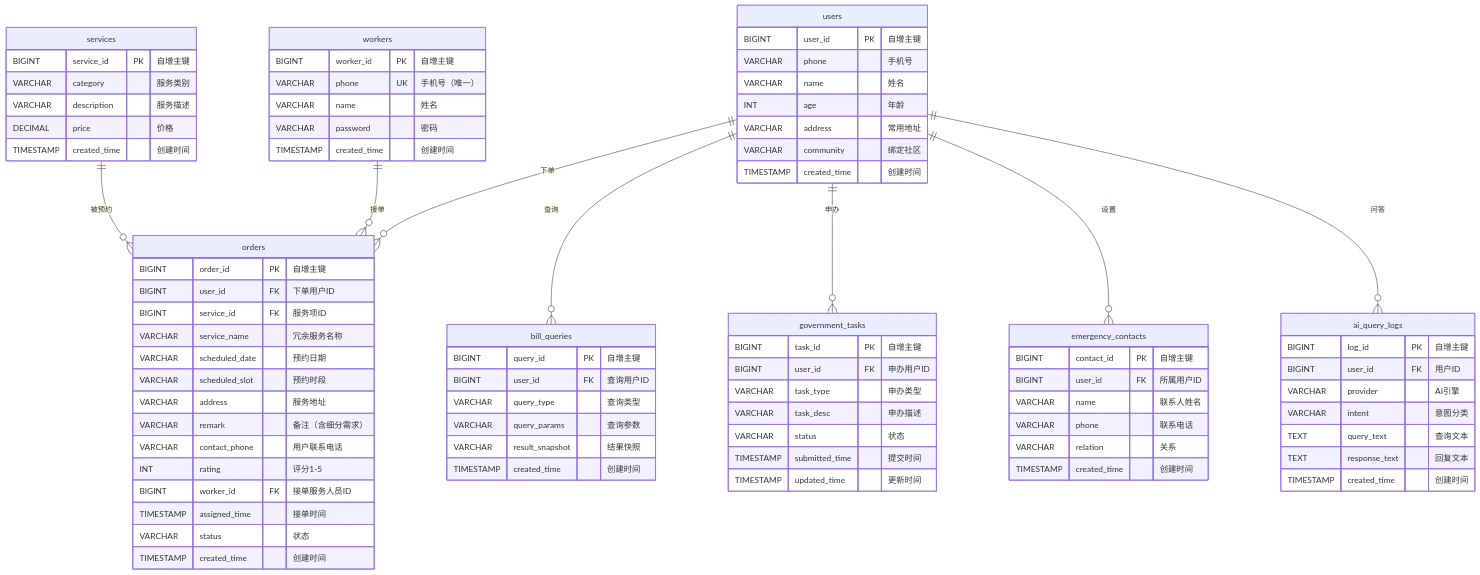
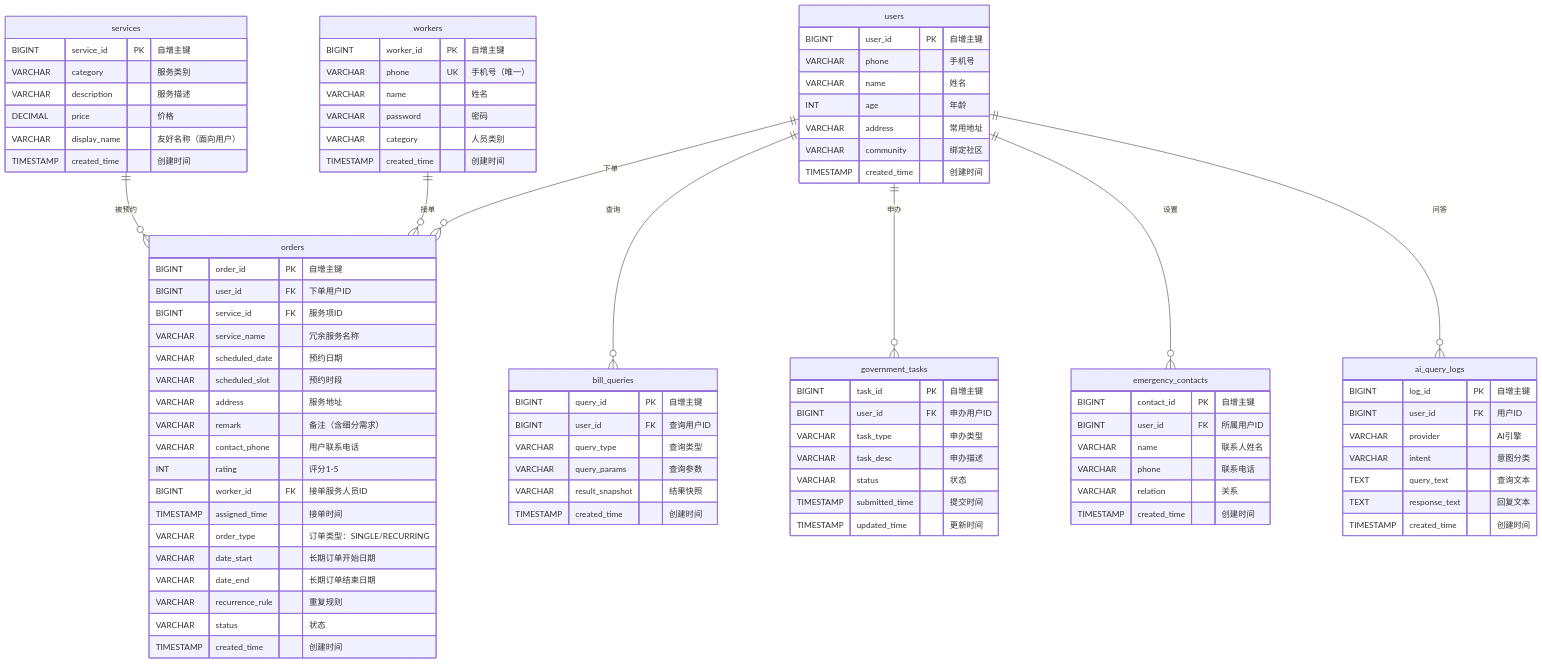
Before and after one commit to SeptThirteen/WeChat-Mini-Program: the diagram in md/diagrams/03-ER图.md, drawn with Mermaid. The commit also changed 151 other files, not shown here.

```diff
--- a/md/diagrams/03-ER图.md
+++ b/md/diagrams/03-ER图.md
@@ -17,6 +17,7 @@
         VARCHAR category "服务类别"
         VARCHAR description "服务描述"
         DECIMAL price "价格"
+        VARCHAR display_name "友好名称（面向用户）"
         TIMESTAMP created_time "创建时间"
     }
 
@@ -25,6 +26,7 @@
         VARCHAR phone UK "手机号（唯一）"
         VARCHAR name "姓名"
         VARCHAR password "密码"
+        VARCHAR category "人员类别"
         TIMESTAMP created_time "创建时间"
     }
 
@@ -41,6 +43,10 @@
         INT rating "评分1-5"
         BIGINT worker_id FK "接单服务人员ID"
         TIMESTAMP assigned_time "接单时间"
+        VARCHAR order_type "订单类型：SINGLE/RECURRING"
+        VARCHAR date_start "长期订单开始日期"
+        VARCHAR date_end "长期订单结束日期"
+        VARCHAR recurrence_rule "重复规则"
         VARCHAR status "状态"
         TIMESTAMP created_time "创建时间"
     }
```
